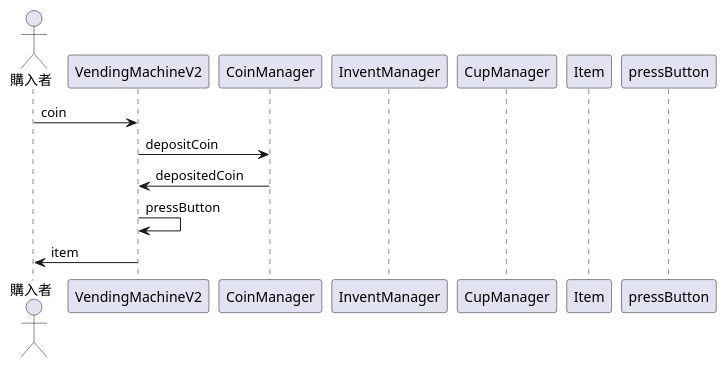
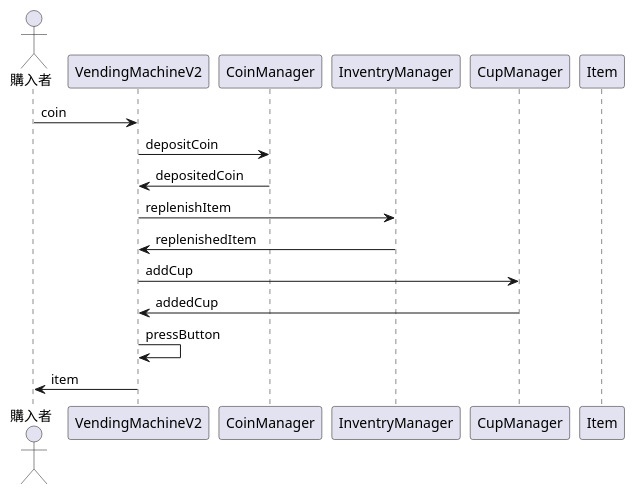
Before and after one commit to takuya-ya/part3.1: the diagram in src/docs/VendingMachineSequenceDiagram.puml, drawn with PlantUML. The commit also changed other lines of this file and 3 other files, not shown here.

```diff
--- a/src/docs/VendingMachineSequenceDiagram.puml
+++ b/src/docs/VendingMachineSequenceDiagram.puml
@@ -1,17 +2,21 @@
 @startuml
 
 actor 購入者
 participant VendingMachineV2
 participant CoinManager
-participant InventManager
+participant InventryManager
 participant CupManager
 participant Item
-participant pressButton
 
 購入者 -> VendingMachineV2: coin
 VendingMachineV2 -> CoinManager: depositCoin
 CoinManager -> VendingMachineV2: depositedCoin
+VendingMachineV2 -> InventryManager: replenishItem
+InventryManager -> VendingMachineV2: replenishedItem
+VendingMachineV2 -> CupManager: addCup
+CupManager -> VendingMachineV2: addedCup
 VendingMachineV2 -> VendingMachineV2: pressButton
+
 VendingMachineV2 -> 購入者: item
 
 @enduml
```
